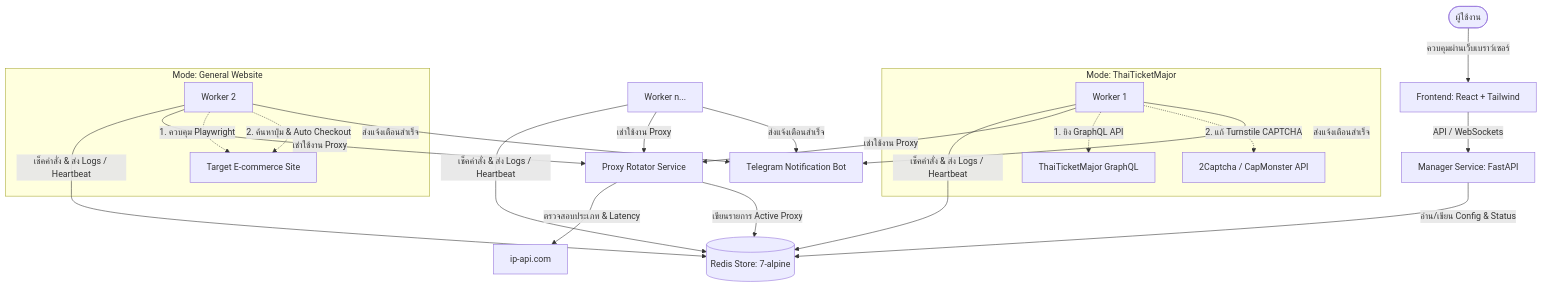
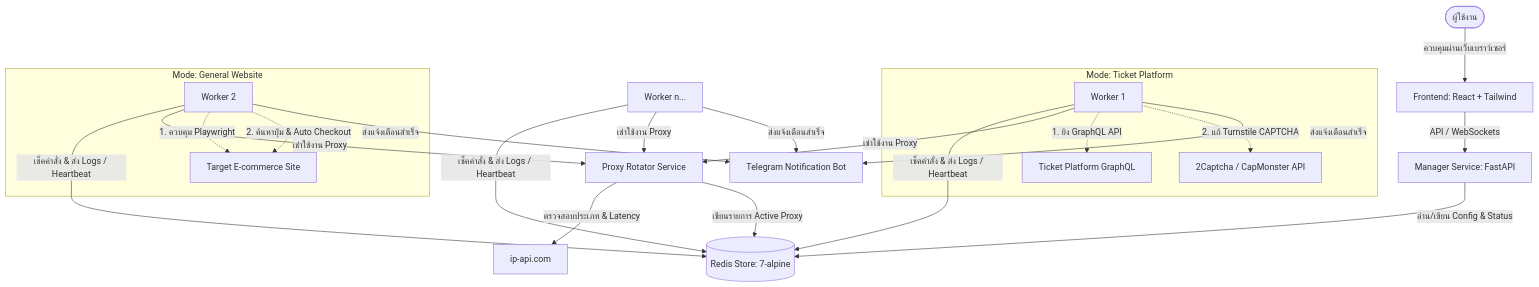
The diagram in project_report.md (Depayit/Ticketing-Infrastructure-Security-Simulator), drawn with Mermaid before and after one commit. The commit also changed other lines of this file and 41 other files, not shown here.

````diff
--- a/project_report.md
+++ b/project_report.md
@@ -11,27 +11,27 @@
 ```mermaid
 graph TD
     User([ผู้ใช้งาน]) -->|ควบคุมผ่านเว็บเบราว์เซอร์| FE[Frontend: React + Tailwind]
     FE -->|API / WebSockets| MG[Manager Service: FastAPI]
     MG -->|อ่าน/เขียน Config & Status| RD[(Redis Store: 7-alpine)]
     
     WK1[Worker 1] -->|เช็คคำสั่ง & ส่ง Logs / Heartbeat| RD
     WK2[Worker 2] -->|เช็คคำสั่ง & ส่ง Logs / Heartbeat| RD
     WKn[Worker n...] -->|เช็คคำสั่ง & ส่ง Logs / Heartbeat| RD
     
     WK1 & WK2 & WKn -->|เช่าใช้งาน Proxy| PR[Proxy Rotator Service]
     PR -->|ตรวจสอบประเภท & Latency| IPAPI[ip-api.com]
     PR -->|เขียนรายการ Active Proxy| RD
     
     %% เส้นทางแยกตามโหมดการทำงาน
-    subgraph Mode: ThaiTicketMajor
-        WK1 -.->|1. ยิง GraphQL API| TTM[ThaiTicketMajor GraphQL]
+    subgraph Mode: Ticket Platform
+        WK1 -.->|1. ยิง GraphQL API| Ticket[Ticket Platform GraphQL]
         WK1 -.->|2. แก้ Turnstile CAPTCHA| CS[2Captcha / CapMonster API]
     end
     
     subgraph Mode: General Website
         WK2 -.->|1. ควบคุม Playwright| PLW[Target E-commerce Site]
         WK2 -.->|2. ค้นหาปุ่ม & Auto Checkout| PLW
     end
     
     WK1 & WK2 & WKn -->|ส่งแจ้งเตือนสำเร็จ| TG[Telegram Notification Bot]
 ```
````
